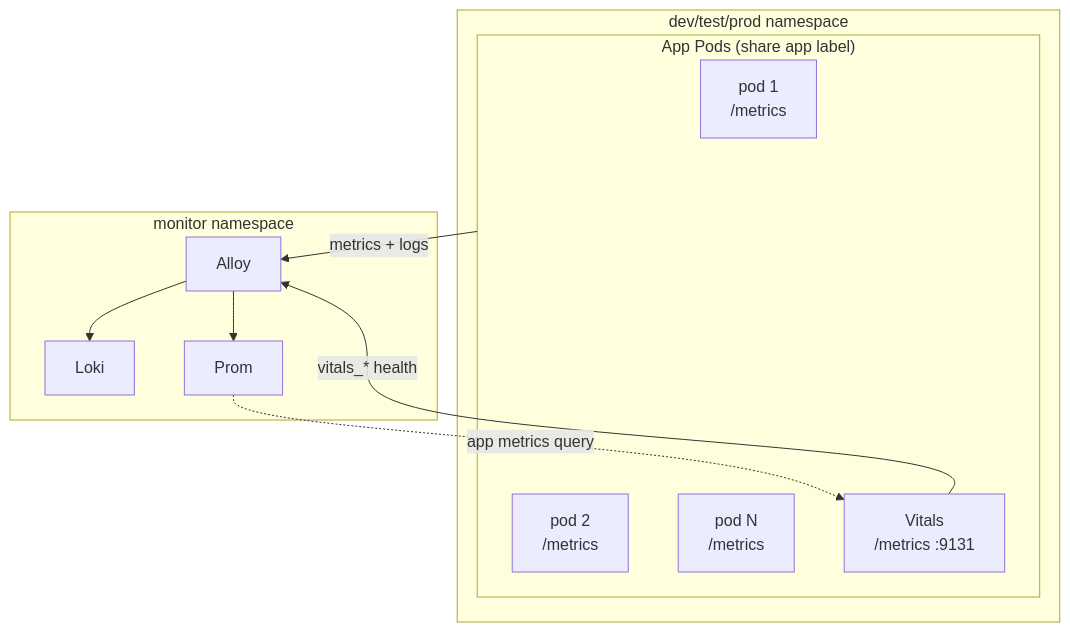
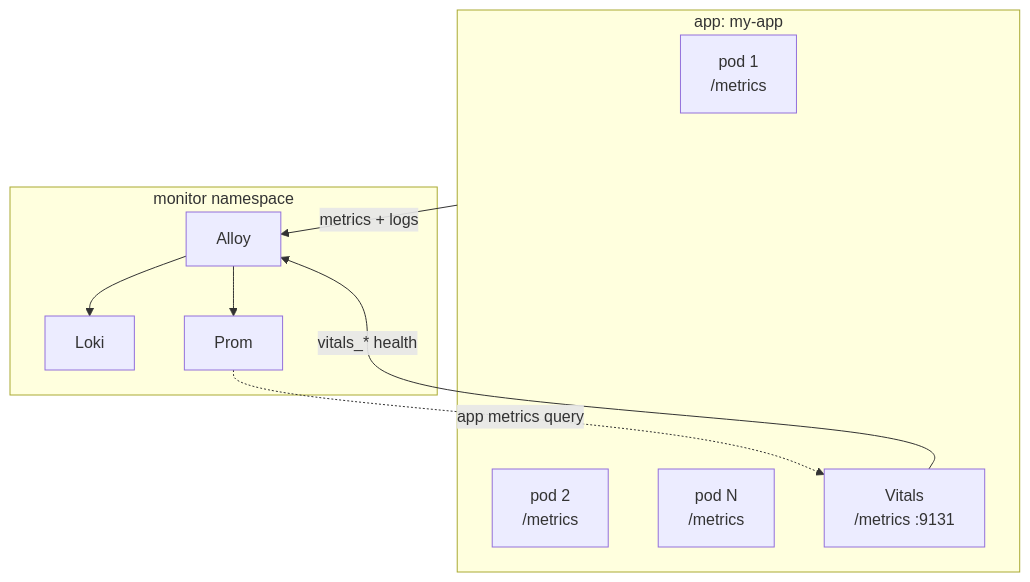
One commit to Kord96/kordinate changed the diagram in docs/reference/patterns/observability-contract.md. Above: the diagram before and after it, drawn with Mermaid. The commit also changed other lines of this file, not shown here.

Commit message:
docs: simplify overview diagram, add app label explanation [scribe]
Drop namespace wrapper — pattern doesn't care which namespace.
Single box "app: my-app" with all pods including vitals. Added
tip explaining the app label grouping.

````diff
--- a/docs/reference/patterns/observability-contract.md
+++ b/docs/reference/patterns/observability-contract.md
@@ -7,19 +7,17 @@
 ```mermaid
 flowchart TB
-    subgraph ns[dev/test/prod namespace]
-        subgraph pods["App Pods (share app label)"]
-            P1[pod 1<br/>/metrics]
-            P2[pod 2<br/>/metrics]
-            PN[pod N<br/>/metrics]
-            VIT[Vitals<br/>/metrics :9131]
-        end
+    subgraph app["app: my-app"]
+        P1[pod 1<br/>/metrics]
+        P2[pod 2<br/>/metrics]
+        PN[pod N<br/>/metrics]
+        VIT[Vitals<br/>/metrics :9131]
     end
 
     subgraph gw[monitor namespace]
         AL[Alloy] --> LK[Loki] & PR[Prom]
     end
 
-    pods -->|metrics + logs| AL
+    app -->|metrics + logs| AL
     VIT -->|vitals_* health| AL
     PR -.->|app metrics query| VIT
 ```
````
